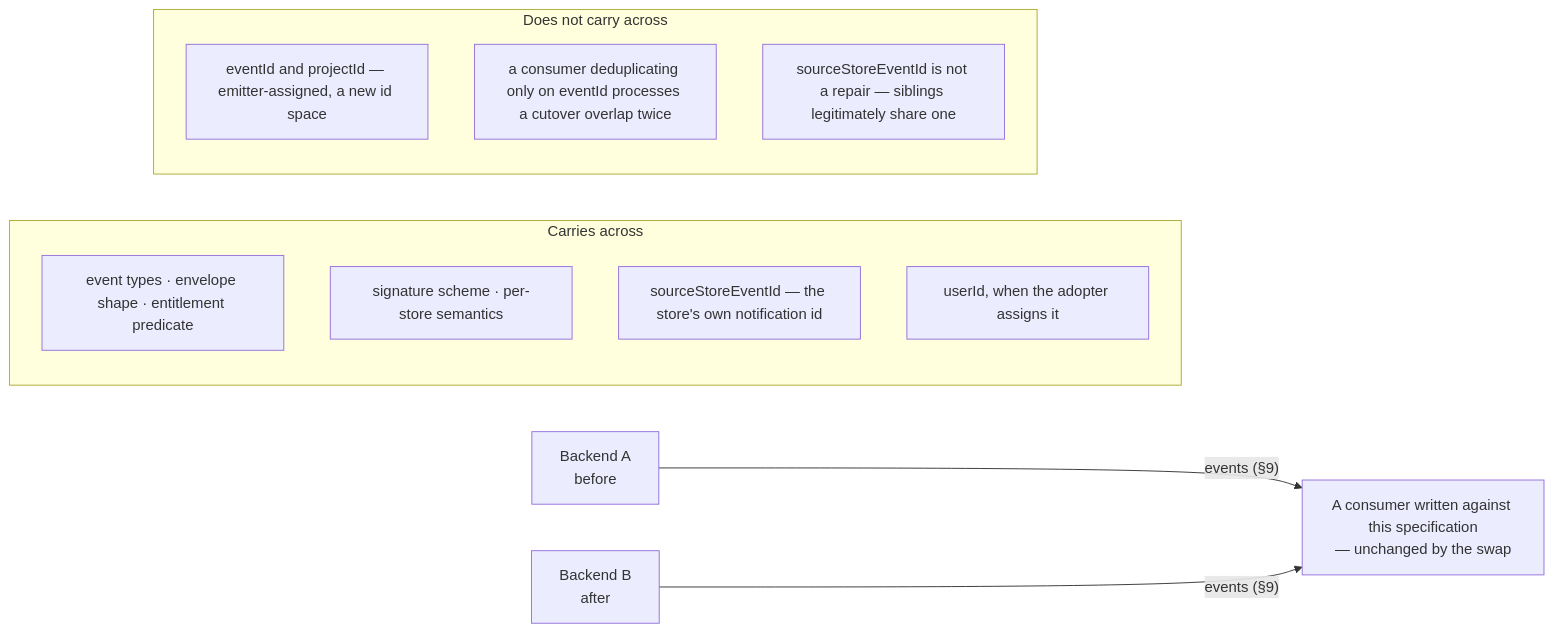
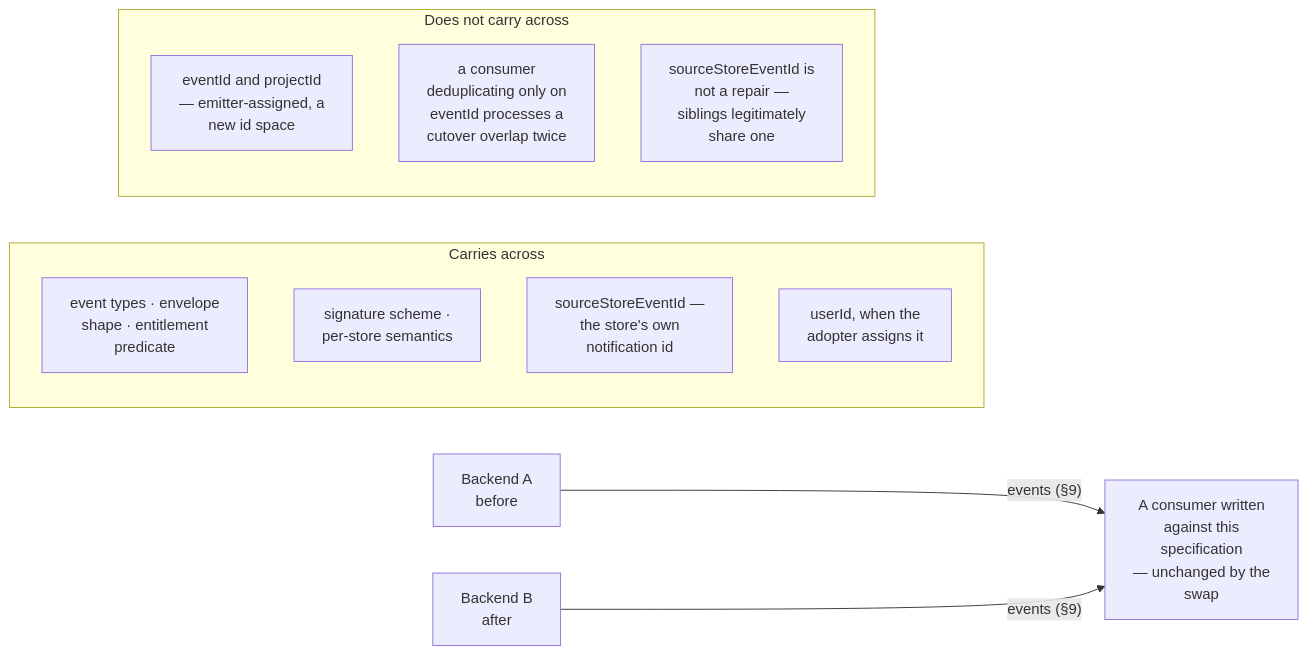
The third of 3 diagrams in specs/commerce-protocol/SPEC.md (hyodotdev/openiap), drawn with Mermaid before and after one commit. The commit also changed other lines of this file and 1 other file, not shown here.

Commit message:
docs(spec): keep mermaid labels inside their boxes
GitHub gives every flowchart node the same width and clips the label at roughly
25 characters of prose, so the commerce contract diagram read "Apple / Google /
Meta / Am" and "OpenIAP Commerce Protoco". Rewrapping each node label to 22
characters or fewer per line renders them whole. Verified on a scratch branch:
the diagram as written clips, the rewrapped one does not.

Subgraph titles stay on one line. A subgraph widens to fit its title, so those
already rendered in full, and wrapping one clips it vertically instead — which
the first attempt at this did.

Mermaid also sizes an edge label background to the text, so the grey boxes sat
flush against every glyph while the node boxes around them had room. A
non-breaking space on each line gives them the same breathing space.

Every label is byte-identical once the breaks and spaces are removed. DESIGN.md
is untouched: its diagrams are rendered into the published PDF through
scripts/mermaid.json, whose wrappingWidth already wraps them, and editing it
would force a rebuild of a PDF whose pagination is pinned to a specific Chrome.

````diff
--- a/specs/commerce-protocol/SPEC.md
+++ b/specs/commerce-protocol/SPEC.md
@@ -1457,20 +1457,20 @@
 ```mermaid
 flowchart LR
-  consumer["A consumer written against this specification<br/>— unchanged by the swap"]
+  consumer["A consumer written<br/>against this<br/>specification<br/>— unchanged by the<br/>swap"]
   A["Backend A<br/>before"]
   B["Backend B<br/>after"]
   A -- "events (§9)" --> consumer
   B -- "events (§9)" --> consumer
 
   subgraph carries ["Carries across"]
-    c1["event types · envelope shape · entitlement predicate"]
-    c2["signature scheme · per-store semantics"]
-    c3["sourceStoreEventId — the store's own notification id"]
-    c4["userId, when the adopter assigns it"]
+    c1["event types · envelope<br/>shape · entitlement<br/>predicate"]
+    c2["signature scheme ·<br/>per-store semantics"]
+    c3["sourceStoreEventId —<br/>the store's own<br/>notification id"]
+    c4["userId, when the<br/>adopter assigns it"]
   end
   subgraph breaks ["Does not carry across"]
-    n1["eventId and projectId — emitter-assigned, a new id space"]
-    n2["a consumer deduplicating only on eventId processes a cutover overlap twice"]
-    n3["sourceStoreEventId is not a repair — siblings legitimately share one"]
+    n1["eventId and projectId<br/>— emitter-assigned, a<br/>new id space"]
+    n2["a consumer<br/>deduplicating only on<br/>eventId processes a<br/>cutover overlap twice"]
+    n3["sourceStoreEventId is<br/>not a repair —<br/>siblings legitimately<br/>share one"]
   end
 ```
````
